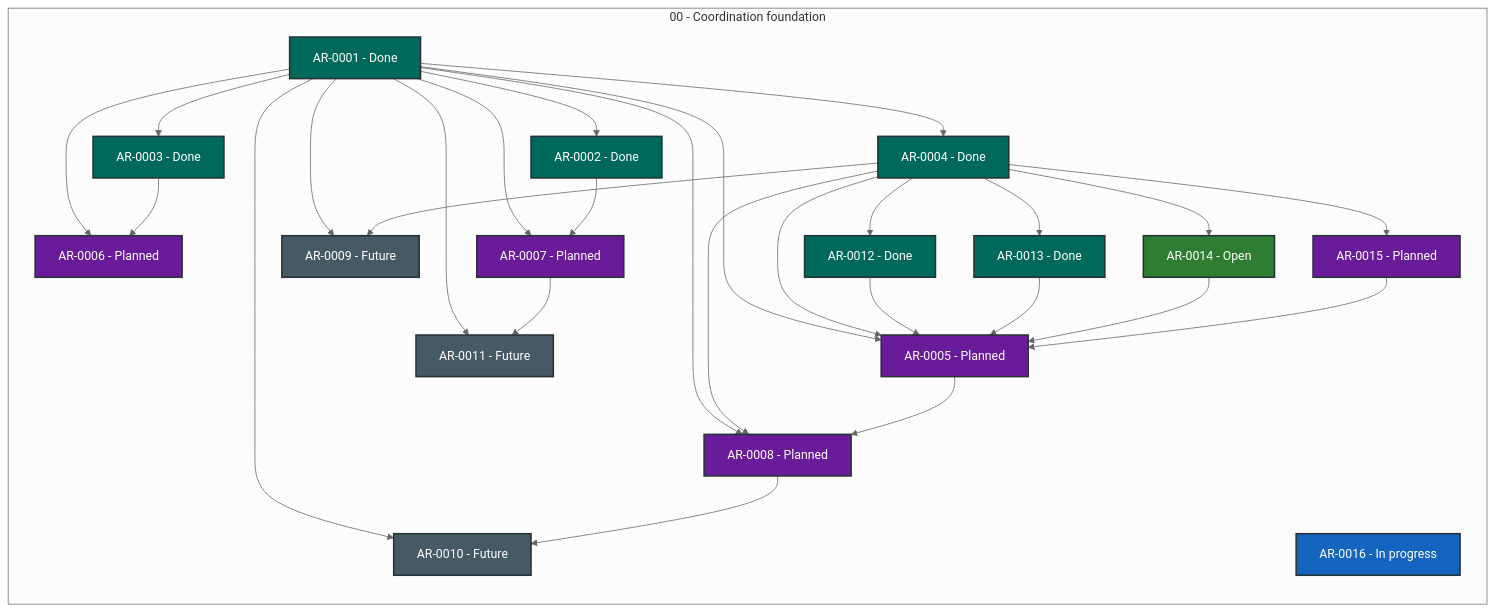
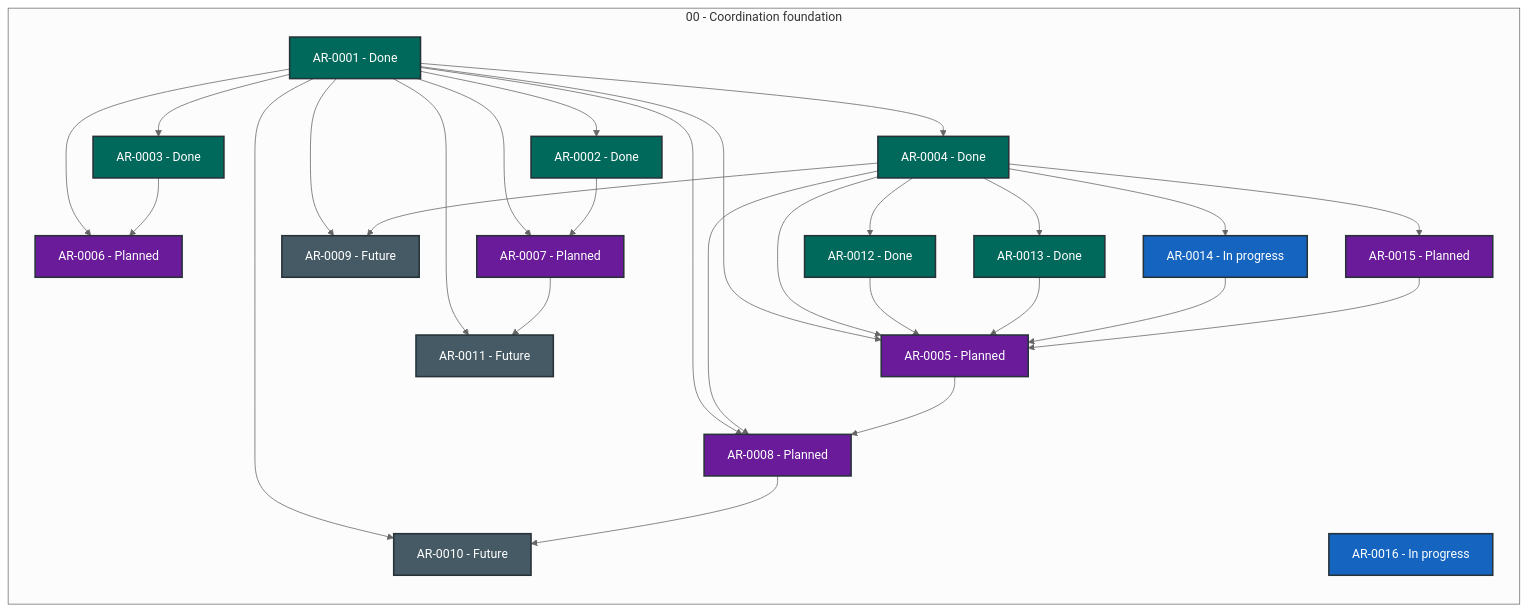
The diagram in STATUS.md (martin-beck/agent-workflow-quality-state), drawn with Mermaid (neutral theme) before and after one commit. The commit also changed other lines of this file and 2 other files, not shown here.

````diff
--- a/STATUS.md
+++ b/STATUS.md
@@ -27,56 +27,56 @@
 ```mermaid
 flowchart LR
     subgraph series_00["00 - Coordination foundation"]
         direction TB
         AR_0001["AR-0001 - Done"]:::status_done
         AR_0002["AR-0002 - Done"]:::status_done
         AR_0003["AR-0003 - Done"]:::status_done
         AR_0004["AR-0004 - Done"]:::status_done
         AR_0005["AR-0005 - Planned"]:::status_planned
         AR_0006["AR-0006 - Planned"]:::status_planned
         AR_0007["AR-0007 - Planned"]:::status_planned
         AR_0008["AR-0008 - Planned"]:::status_planned
         AR_0009["AR-0009 - Future"]:::status_future
         AR_0010["AR-0010 - Future"]:::status_future
         AR_0011["AR-0011 - Future"]:::status_future
         AR_0012["AR-0012 - Done"]:::status_done
         AR_0013["AR-0013 - Done"]:::status_done
-        AR_0014["AR-0014 - Open"]:::status_open
+        AR_0014["AR-0014 - In progress"]:::status_in_progress
         AR_0015["AR-0015 - Planned"]:::status_planned
         AR_0016["AR-0016 - In progress"]:::status_in_progress
     end
     AR_0001 --> AR_0002
     AR_0001 --> AR_0003
     AR_0001 --> AR_0004
     AR_0001 --> AR_0005
     AR_0001 --> AR_0006
     AR_0001 --> AR_0007
     AR_0001 --> AR_0008
     AR_0001 --> AR_0009
     AR_0001 --> AR_0010
     AR_0001 --> AR_0011
     AR_0002 --> AR_0007
     AR_0003 --> AR_0006
     AR_0004 --> AR_0005
     AR_0004 --> AR_0008
     AR_0004 --> AR_0009
     AR_0004 --> AR_0012
     AR_0004 --> AR_0013
     AR_0004 --> AR_0014
     AR_0004 --> AR_0015
     AR_0005 --> AR_0008
     AR_0007 --> AR_0011
     AR_0008 --> AR_0010
     AR_0012 --> AR_0005
     AR_0013 --> AR_0005
     AR_0014 --> AR_0005
     AR_0015 --> AR_0005
     classDef status_in_progress fill:#1565c0,color:#ffffff,stroke:#263238,stroke-width:2px
     classDef status_open fill:#2e7d32,color:#ffffff,stroke:#263238,stroke-width:2px
     classDef status_blocked fill:#c62828,color:#ffffff,stroke:#263238,stroke-width:2px
     classDef status_planned fill:#6a1b9a,color:#ffffff,stroke:#263238,stroke-width:2px
     classDef status_future fill:#455a64,color:#ffffff,stroke:#263238,stroke-width:2px
     classDef status_done fill:#00695c,color:#ffffff,stroke:#263238,stroke-width:2px
     classDef status_cancelled fill:#616161,color:#ffffff,stroke:#263238,stroke-width:2px
     classDef status_superseded fill:#5d4037,color:#ffffff,stroke:#263238,stroke-width:2px
 ```
````
